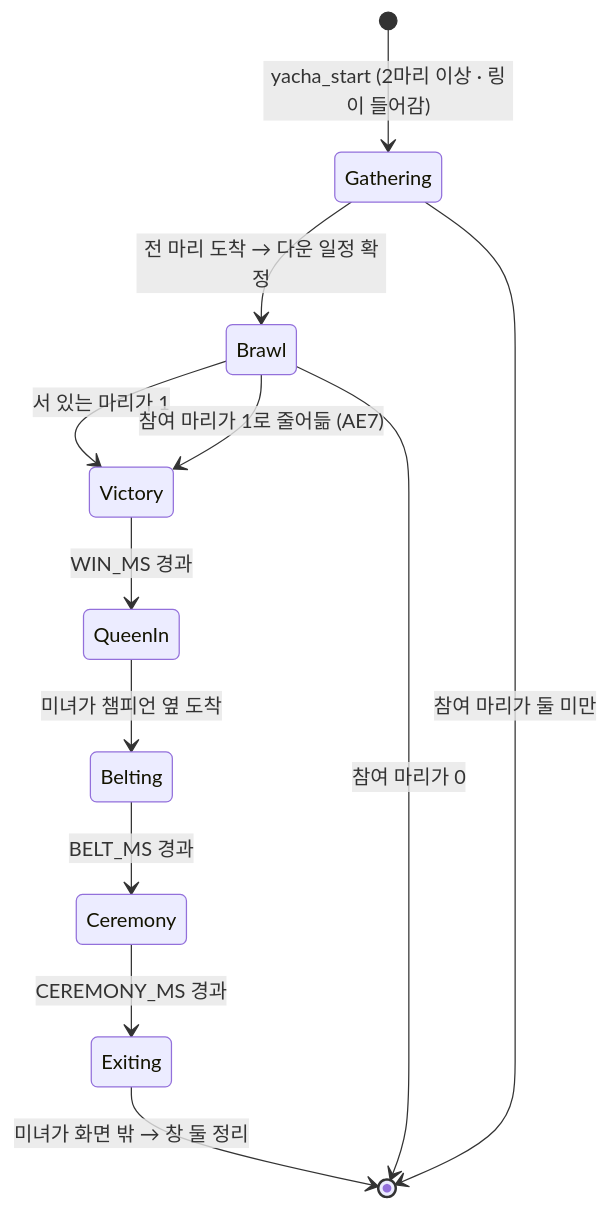
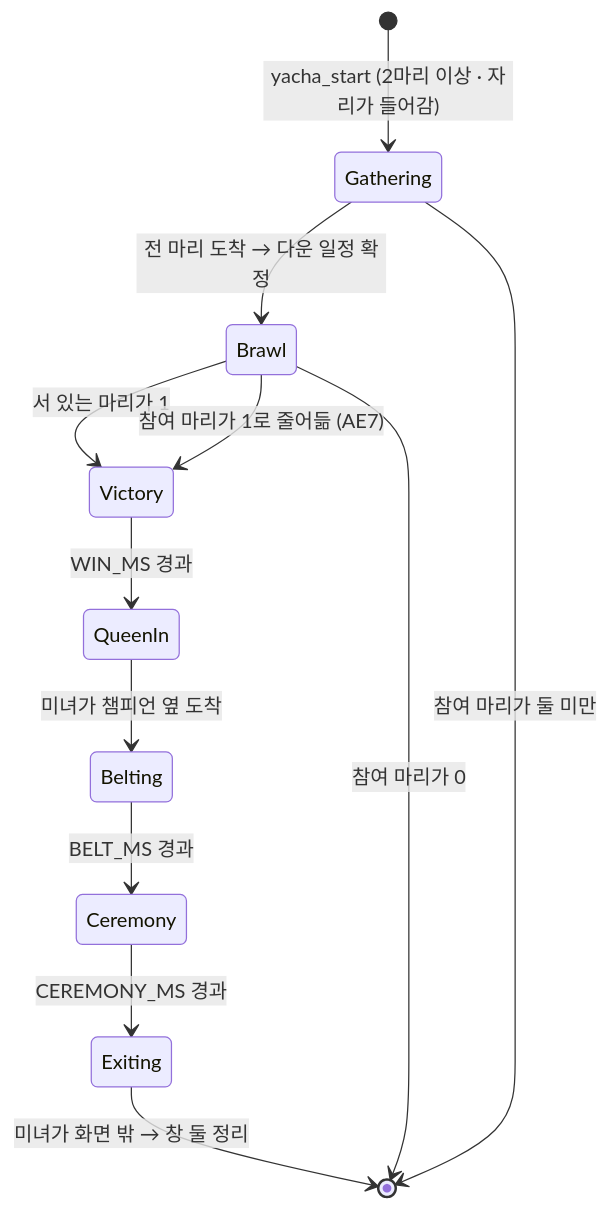
Before and after one commit to cgamja/individual-manager: the second of 3 diagrams in docs/plans/2026-09-03-027-feat-yacha-brawl-plan.md, drawn with Mermaid. The commit also changed other lines of this file, not shown here.

````diff
--- a/docs/plans/2026-09-03-027-feat-yacha-brawl-plan.md
+++ b/docs/plans/2026-09-03-027-feat-yacha-brawl-plan.md
@@ -557,14 +614,14 @@
 ```mermaid
 stateDiagram-v2
-    [*] --> Gathering: yacha_start (2마리 이상 · 링이 들어감)
+    [*] --> Gathering: yacha_start (2마리 이상 · 자리가 들어감)
     Gathering --> Brawl: 전 마리 도착 → 다운 일정 확정
     Brawl --> Victory: 서 있는 마리가 1
     Victory --> QueenIn: WIN_MS 경과
     QueenIn --> Belting: 미녀가 챔피언 옆 도착
     Belting --> Ceremony: BELT_MS 경과
     Ceremony --> Exiting: CEREMONY_MS 경과
     Exiting --> [*]: 미녀가 화면 밖 → 창 둘 정리
     Gathering --> [*]: 참여 마리가 둘 미만
     Brawl --> Victory: 참여 마리가 1로 줄어듦 (AE7)
     Brawl --> [*]: 참여 마리가 0
 ```
````
